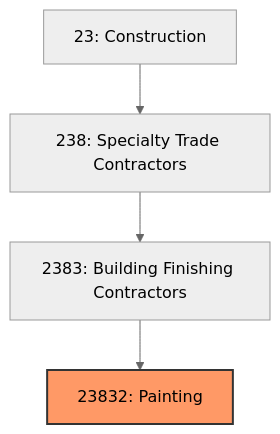
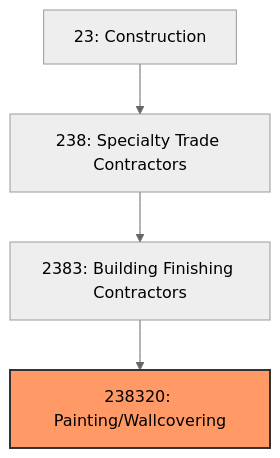
Before and after one commit to kziemski/business.org.ai: the first of 3 diagrams in industries/Construction/SpecialtyTradeContractors/BuildingFinishingContractors/Painting.mdx, drawn with Mermaid (neutral theme). The commit also changed other lines of this file and 20 other files, not shown here.

````diff
--- a/industries/Construction/SpecialtyTradeContractors/BuildingFinishingContractors/Painting.mdx
+++ b/industries/Construction/SpecialtyTradeContractors/BuildingFinishingContractors/Painting.mdx
@@ -20,8 +36,8 @@
 ```mermaid
 graph TD
     S23["23: Construction"]
     S23 --> N238["238: Specialty Trade Contractors"]
     N238 --> N2383["2383: Building Finishing Contractors"]
-    N2383 --> N23832["23832: Painting"]
-    style N23832 fill:#f96,stroke:#333,stroke-width:2px
+    N2383 --> N238320["238320: Painting/Wallcovering"]
+    style N238320 fill:#f96,stroke:#333,stroke-width:2px
 ```
````
